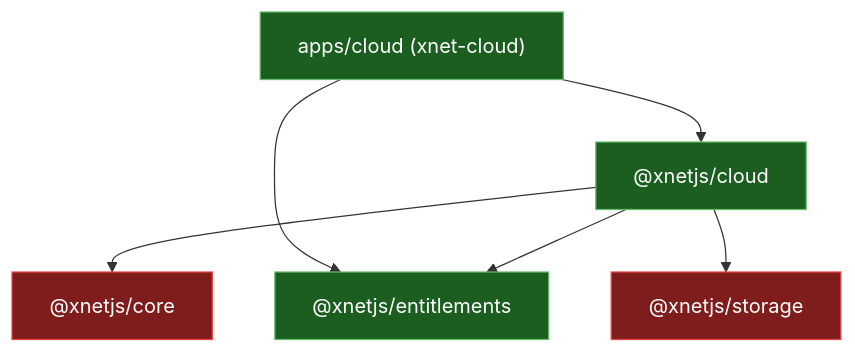
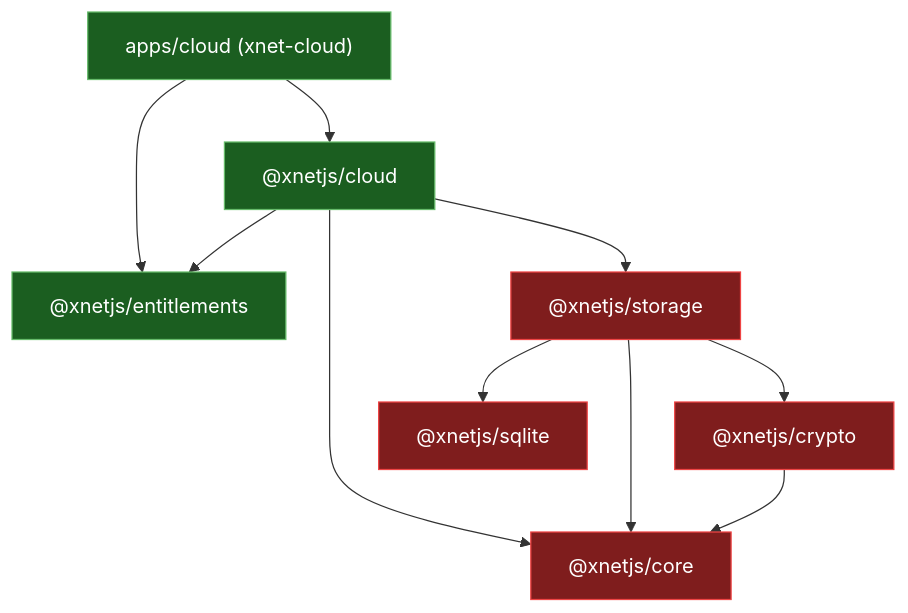
Before and after one commit to crs48/xNet: the second of 3 diagrams in docs/explorations/0214_[_]_CONTINUOUS_DEPLOYMENT_FOR_CLOUD_STAGING.md, drawn with Mermaid. The commit also changed other lines of this file and 1 other file, not shown here.

````diff
--- a/docs/explorations/0214_[_]_CONTINUOUS_DEPLOYMENT_FOR_CLOUD_STAGING.md
+++ b/docs/explorations/0214_[_]_CONTINUOUS_DEPLOYMENT_FOR_CLOUD_STAGING.md
@@ -157,13 +157,17 @@
 ```mermaid
 flowchart TD
   cloudapp["apps/cloud (xnet-cloud)"] --> pcloud["@xnetjs/cloud"]
   cloudapp --> pent["@xnetjs/entitlements"]
   pcloud --> pcore["@xnetjs/core"]
   pcloud --> pent
   pcloud --> pstor["@xnetjs/storage"]
+  pstor --> pcore
+  pstor --> pcrypto["@xnetjs/crypto"]
+  pstor --> psqlite["@xnetjs/sqlite"]
+  pcrypto --> pcore
 
   classDef covered fill:#1b5e20,stroke:#66bb6a,color:#fff;
   classDef missing fill:#7f1d1d,stroke:#ef4444,color:#fff;
   class cloudapp,pcloud,pent covered;
-  class pcore,pstor missing;
+  class pcore,pstor,pcrypto,psqlite missing;
 ```
````
